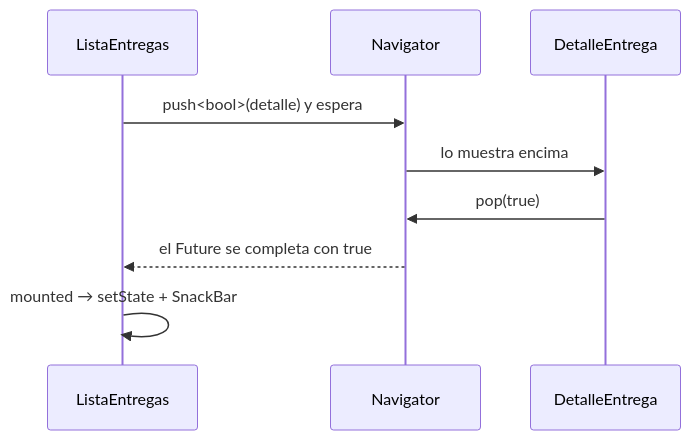
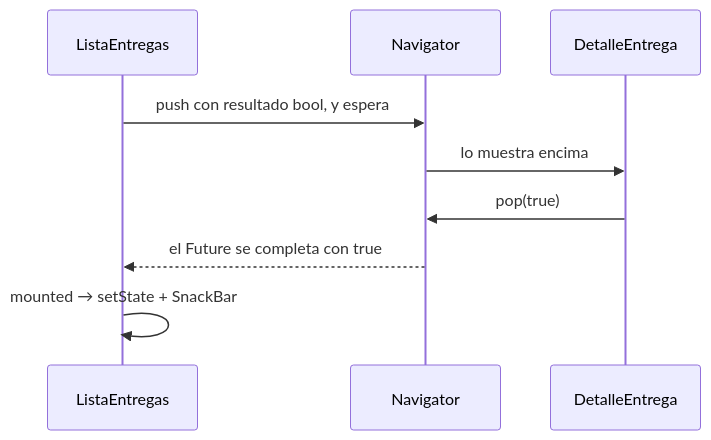
One commit to NICORUIZ93/The_Imperial_Book changed the first of 6 diagrams in web/public/content/flutter/modulo-3.md. Above: the diagram before and after it, drawn with Mermaid. The commit also changed other lines of this file and 65 other files, not shown here.

````diff
--- a/web/public/content/flutter/modulo-3.md
+++ b/web/public/content/flutter/modulo-3.md
@@ -165,11 +197,11 @@
 ```mermaid
 sequenceDiagram
     participant L as ListaEntregas
     participant N as Navigator
     participant D as DetalleEntrega
-    L->>N: push<bool>(detalle) y espera
+    L->>N: push con resultado bool, y espera
     N->>D: lo muestra encima
     D->>N: pop(true)
     N-->>L: el Future se completa con true
     L->>L: mounted → setState + SnackBar
 ```
````
